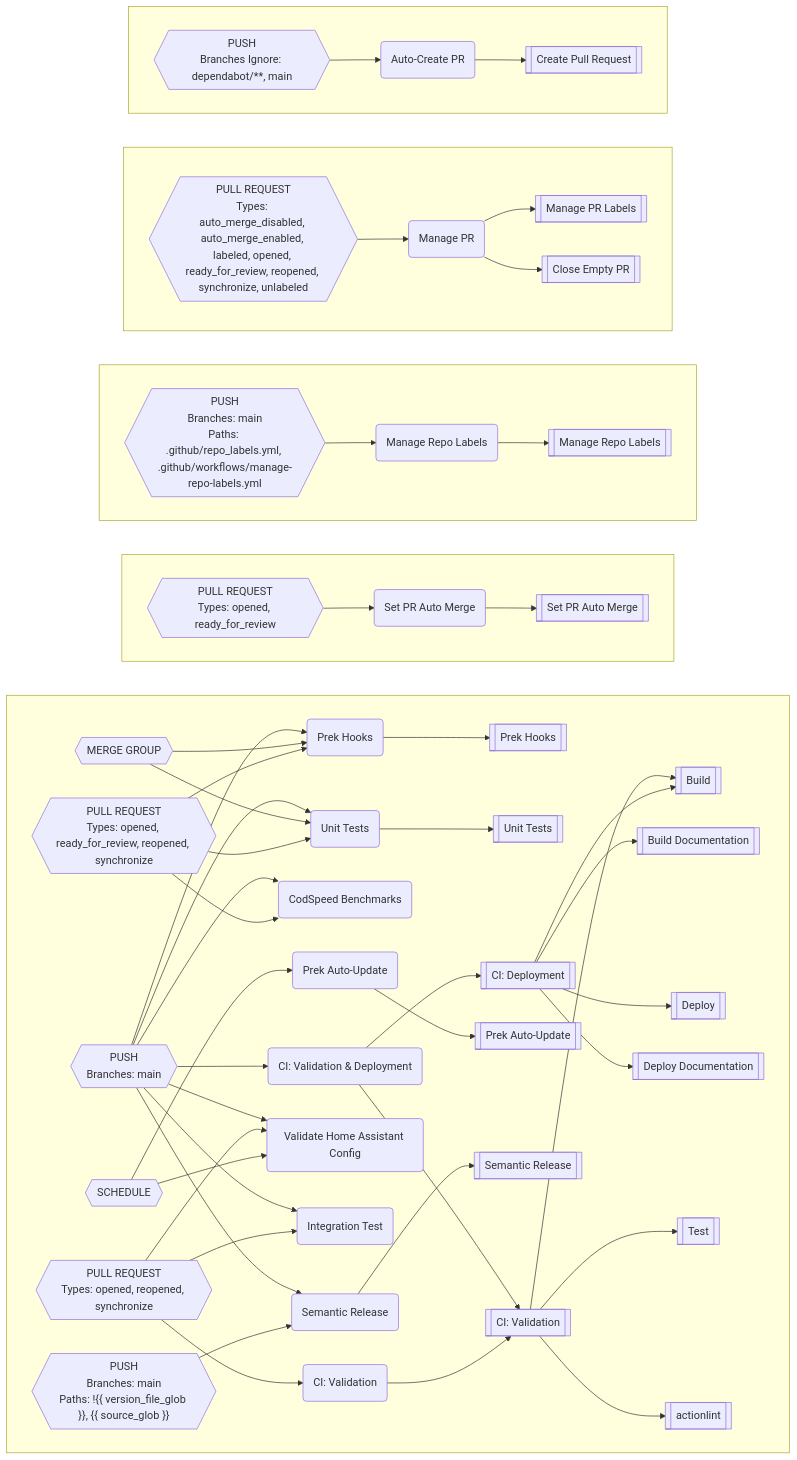
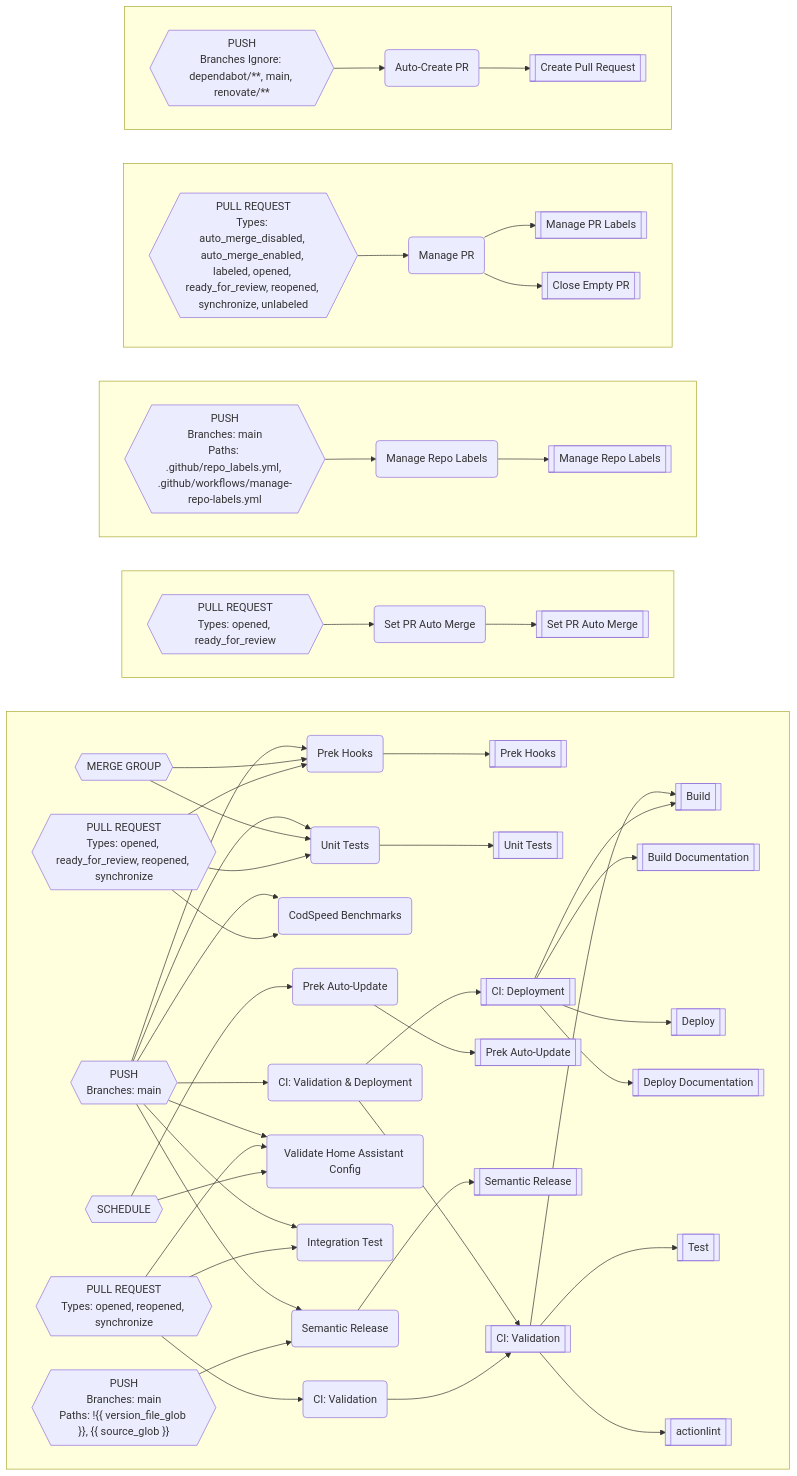
Before and after one commit to worganisation/github-config-files: the diagram in README.md, drawn with Mermaid. The commit also changed other lines of this file and 10 other files, not shown here.

```diff
--- a/README.md
+++ b/README.md
@@ -417,7 +417,7 @@
 BO[["Unit Tests"]]
 BR("Auto-Create PR")
 BS{{"PUSH
-Branches Ignore: dependabot/**, main
+Branches Ignore: dependabot/**, main, renovate/**
 "}}
 BV("Manage PR")
 BW{{"PULL REQUEST
```
